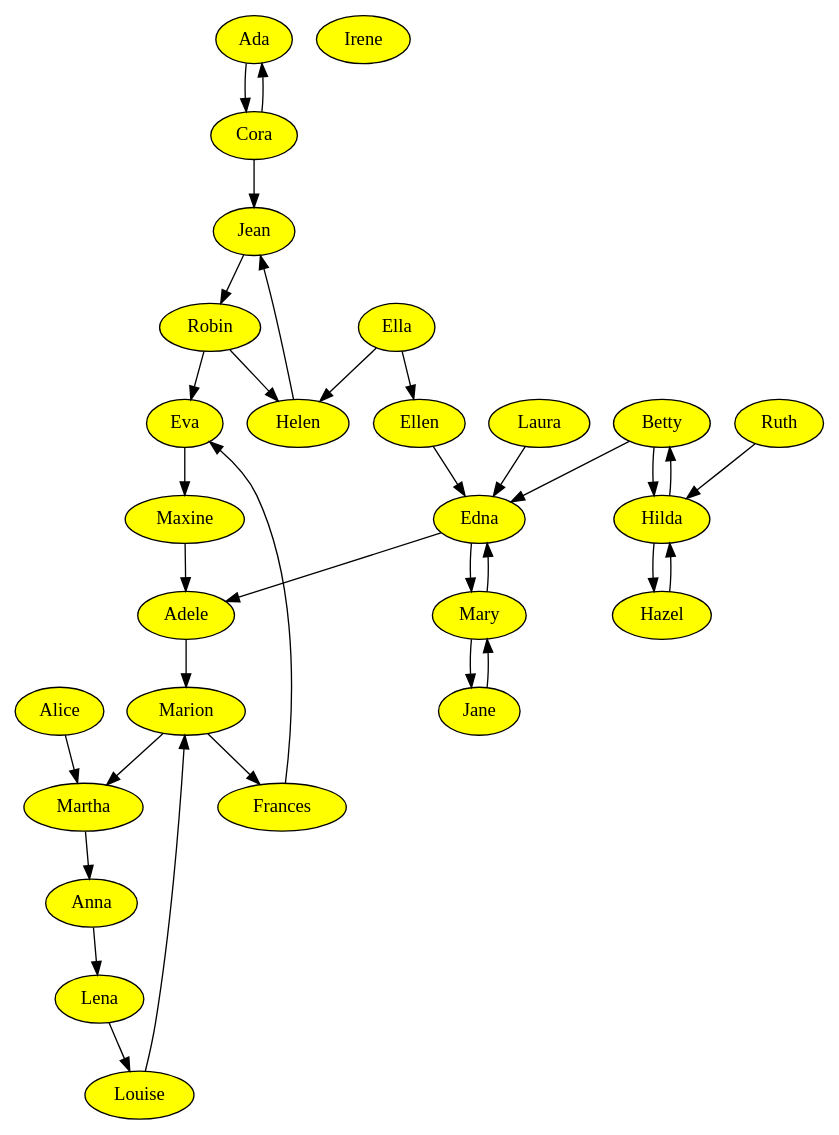
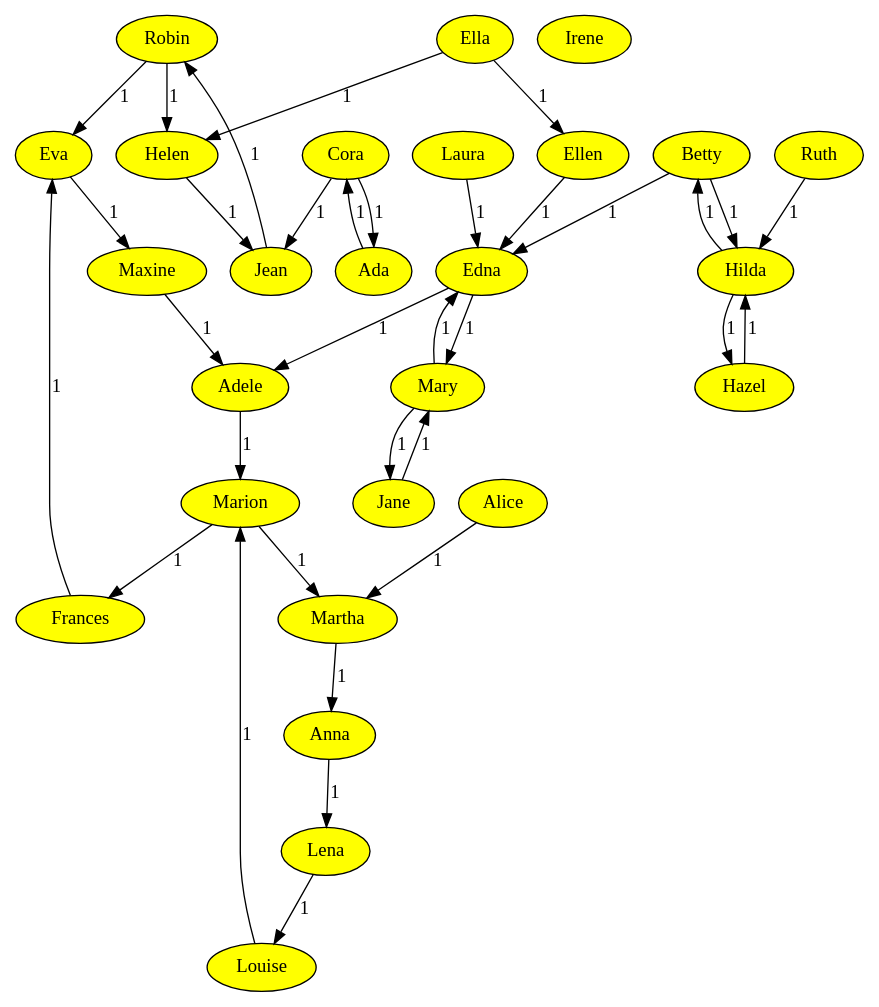
The diagram in data/Dining-cut.dot (kraison/graph-utils), drawn with Graphviz before and after one commit. The commit also changed 14 other files, not shown here.

Commit message:
finalizing max flow and max matching

```diff
--- a/data/Dining-cut.dot
+++ b/data/Dining-cut.dot
@@ -1,62 +1,64 @@
-digraph graphutils {
-  node [ color = black, fillcolor = while, style = filled ];
-  "Ada" -> "Cora" [w=1];
+digraph graphutils
+{
+  splines=true;
+  node [ color = black, fillcolor = white, style = filled ];
+  "Robin" -> "Helen" [w=1,label=1];
+  "Robin" -> "Eva" [w=1,label=1];
+  "Robin" [fillcolor="#ffff00"];
+  "Lena" -> "Louise" [w=1,label=1];
+  "Lena" [fillcolor="#ffff00"];
+  "Ella" -> "Helen" [w=1,label=1];
+  "Ella" -> "Ellen" [w=1,label=1];
+  "Ella" [fillcolor="#ffff00"];
+  "Ellen" -> "Edna" [w=1,label=1];
+  "Ellen" [fillcolor="#ffff00"];
+  "Edna" -> "Adele" [w=1,label=1];
+  "Edna" -> "Mary" [w=1,label=1];
+  "Edna" [fillcolor="#ffff00"];
+  "Maxine" -> "Adele" [w=1,label=1];
+  "Maxine" [fillcolor="#ffff00"];
+  "Louise" -> "Marion" [w=1,label=1];
+  "Louise" [fillcolor="#ffff00"];
+  "Laura" -> "Edna" [w=1,label=1];
+  "Laura" [fillcolor="#ffff00"];
+  "Ruth" -> "Hilda" [w=1,label=1];
+  "Ruth" [fillcolor="#ffff00"];
+  "Cora" -> "Ada" [w=1,label=1];
+  "Cora" -> "Jean" [w=1,label=1];
+  "Cora" [fillcolor="#ffff00"];
+  "Anna" -> "Lena" [w=1,label=1];
+  "Anna" [fillcolor="#ffff00"];
+  "Jane" -> "Mary" [w=1,label=1];
+  "Jane" [fillcolor="#ffff00"];
+  "Alice" -> "Martha" [w=1,label=1];
+  "Alice" [fillcolor="#ffff00"];
+  "Hilda" -> "Hazel" [w=1,label=1];
+  "Hilda" -> "Betty" [w=1,label=1];
+  "Hilda" [fillcolor="#ffff00"];
+  "Hazel" -> "Hilda" [w=1,label=1];
+  "Hazel" [fillcolor="#ffff00"];
+  "Martha" -> "Anna" [w=1,label=1];
+  "Martha" [fillcolor="#ffff00"];
+  "Frances" -> "Eva" [w=1,label=1];
+  "Frances" [fillcolor="#ffff00"];
+  "Helen" -> "Jean" [w=1,label=1];
+  "Helen" [fillcolor="#ffff00"];
+  "Marion" -> "Martha" [w=1,label=1];
+  "Marion" -> "Frances" [w=1,label=1];
+  "Marion" [fillcolor="#ffff00"];
+  "Eva" -> "Maxine" [w=1,label=1];
+  "Eva" [fillcolor="#ffff00"];
+  "Irene" [fillcolor="#ffff00"];
+  "Adele" -> "Marion" [w=1,label=1];
+  "Adele" [fillcolor="#ffff00"];
+  "Betty" -> "Hilda" [w=1,label=1];
+  "Betty" -> "Edna" [w=1,label=1];
+  "Betty" [fillcolor="#ffff00"];
+  "Ada" -> "Cora" [w=1,label=1];
   "Ada" [fillcolor="#ffff00"];
-  "Cora" -> "Ada" [w=1];
-  "Cora" -> "Jean" [w=1];
-  "Cora" [fillcolor="#ffff00"];
-  "Louise" -> "Marion" [w=1];
-  "Louise" [fillcolor="#ffff00"];
-  "Jean" -> "Robin" [w=1];
+  "Mary" -> "Edna" [w=1,label=1];
+  "Mary" -> "Jane" [w=1,label=1];
+  "Mary" [fillcolor="#ffff00"];
+  "Jean" -> "Robin" [w=1,label=1];
   "Jean" [fillcolor="#ffff00"];
-  "Helen" -> "Jean" [w=1];
-  "Helen" [fillcolor="#ffff00"];
-  "Martha" -> "Anna" [w=1];
-  "Martha" [fillcolor="#ffff00"];
-  "Alice" -> "Martha" [w=1];
-  "Alice" [fillcolor="#ffff00"];
-  "Robin" -> "Helen" [w=1];
-  "Robin" -> "Eva" [w=1];
-  "Robin" [fillcolor="#ffff00"];
-  "Marion" -> "Martha" [w=1];
-  "Marion" -> "Frances" [w=1];
-  "Marion" [fillcolor="#ffff00"];
-  "Maxine" -> "Adele" [w=1];
-  "Maxine" [fillcolor="#ffff00"];
-  "Lena" -> "Louise" [w=1];
-  "Lena" [fillcolor="#ffff00"];
-  "Hazel" -> "Hilda" [w=1];
-  "Hazel" [fillcolor="#ffff00"];
-  "Hilda" -> "Hazel" [w=1];
-  "Hilda" -> "Betty" [w=1];
-  "Hilda" [fillcolor="#ffff00"];
-  "Frances" -> "Eva" [w=1];
-  "Frances" [fillcolor="#ffff00"];
-  "Eva" -> "Maxine" [w=1];
-  "Eva" [fillcolor="#ffff00"];
-  "Ruth" -> "Hilda" [w=1];
-  "Ruth" [fillcolor="#ffff00"];
-  "Edna" -> "Adele" [w=1];
-  "Edna" -> "Mary" [w=1];
-  "Edna" [fillcolor="#ffff00"];
-  "Adele" -> "Marion" [w=1];
-  "Adele" [fillcolor="#ffff00"];
-  "Jane" -> "Mary" [w=1];
-  "Jane" [fillcolor="#ffff00"];
-  "Anna" -> "Lena" [w=1];
-  "Anna" [fillcolor="#ffff00"];
-  "Mary" -> "Edna" [w=1];
-  "Mary" -> "Jane" [w=1];
-  "Mary" [fillcolor="#ffff00"];
-  "Betty" -> "Hilda" [w=1];
-  "Betty" -> "Edna" [w=1];
-  "Betty" [fillcolor="#ffff00"];
-  "Ella" -> "Helen" [w=1];
-  "Ella" -> "Ellen" [w=1];
-  "Ella" [fillcolor="#ffff00"];
-  "Ellen" -> "Edna" [w=1];
-  "Ellen" [fillcolor="#ffff00"];
-  "Laura" -> "Edna" [w=1];
-  "Laura" [fillcolor="#ffff00"];
-  "Irene" [fillcolor="#ffff00"];
 }
```
